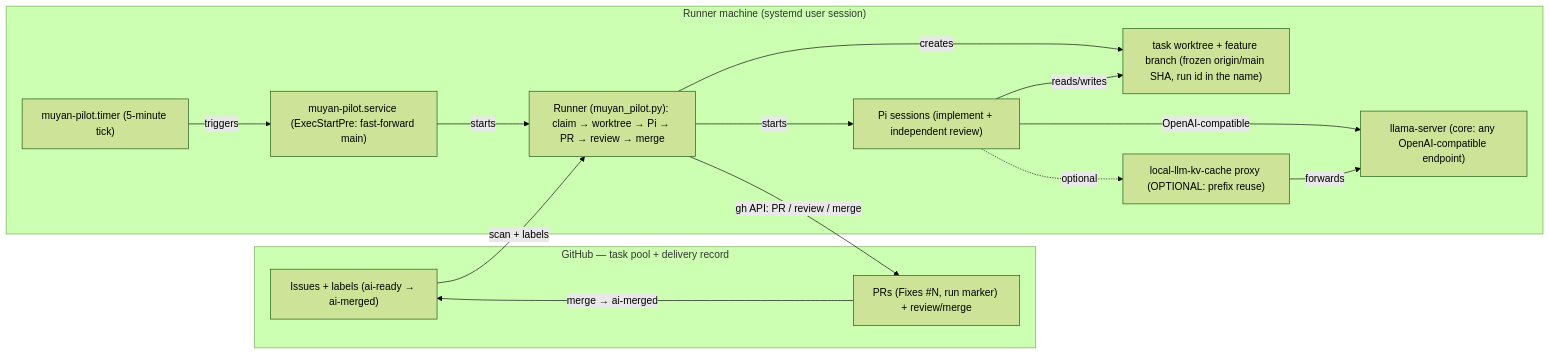
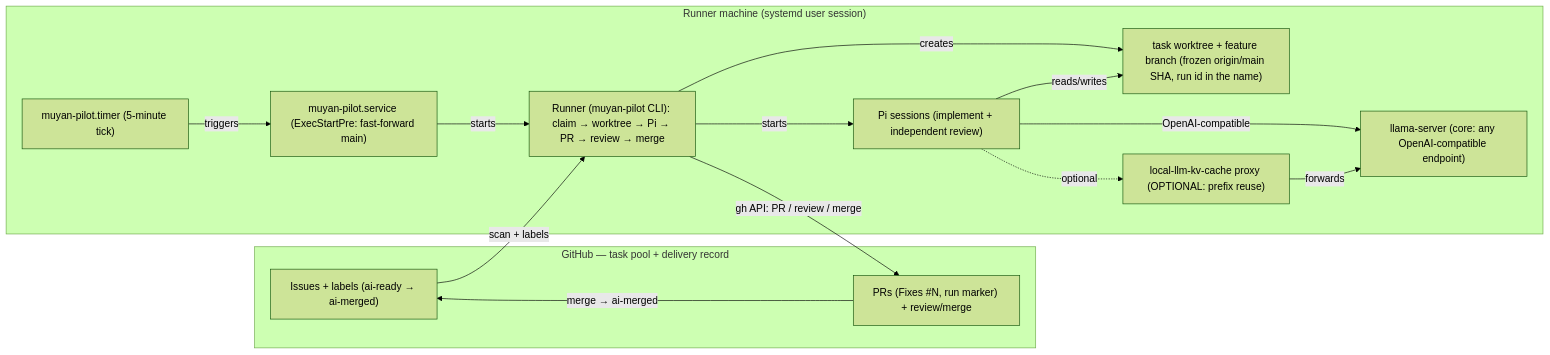
Before and after one commit to orbi-build/orbi: the diagram in docs/index.mdx, drawn with Mermaid (forest theme). The commit also changed 31 other files, not shown here.

````diff
--- a/docs/index.mdx
+++ b/docs/index.mdx
@@ -11,27 +11,27 @@
 ```mermaid
 flowchart LR
   subgraph github["GitHub — task pool + delivery record"]
     issues["Issues + labels (ai-ready → ai-merged)"]
     prs["PRs (Fixes #N, run marker) + review/merge"]
   end
   subgraph machine["Runner machine (systemd user session)"]
     timer["muyan-pilot.timer (5-minute tick)"]
     service["muyan-pilot.service (ExecStartPre: fast-forward main)"]
-    runner["Runner (muyan_pilot.py): claim → worktree → Pi → PR → review → merge"]
+    runner["Runner (muyan-pilot CLI): claim → worktree → Pi → PR → review → merge"]
     worktree["task worktree + feature branch (frozen origin/main SHA, run id in the name)"]
     pi["Pi sessions (implement + independent review)"]
     model["llama-server (core: any OpenAI-compatible endpoint)"]
     proxy["local-llm-kv-cache proxy (OPTIONAL: prefix reuse)"]
   end
   issues -->|scan + labels| runner
   timer -->|triggers| service
   service -->|starts| runner
   runner -->|creates| worktree
   runner -->|starts| pi
   pi -->|reads/writes| worktree
   pi -->|OpenAI-compatible| model
   pi -.->|optional| proxy
   proxy -->|forwards| model
   runner -->|gh API: PR / review / merge| prs
   prs -->|merge → ai-merged| issues
 ```
````
